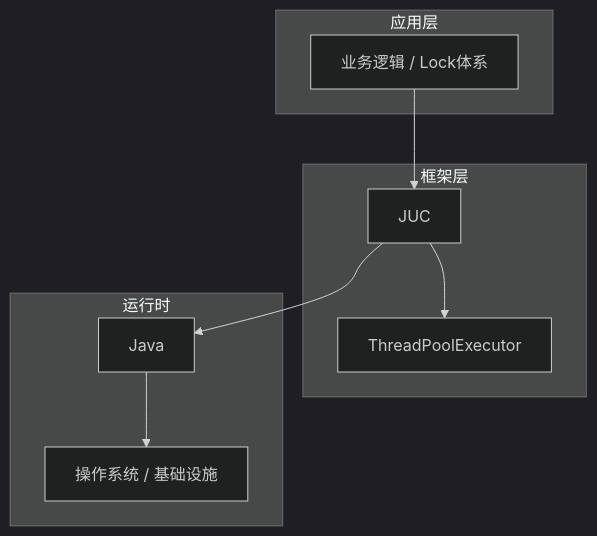
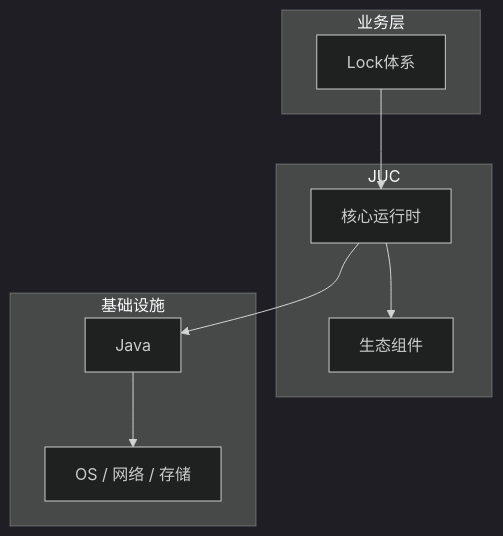
One commit to yanggan2015/knowledge-json-v2 changed the diagram in articles/Java并发/chapters/025-Lock体系核心概念与原理.md. Above: the diagram before and after it, drawn with Mermaid (dark theme). The commit also changed other lines of this file and 10127 other files, not shown here.

````diff
--- a/articles/Java并发/chapters/025-Lock体系核心概念与原理.md
+++ b/articles/Java并发/chapters/025-Lock体系核心概念与原理.md
@@ -45,18 +34,18 @@
 ```mermaid
 graph TB
-    subgraph 应用层
-        A[业务逻辑 / Lock体系]
+    subgraph 业务层
+        A[Lock体系]
     end
-    subgraph 框架层
-        B[JUC]
-        C[ThreadPoolExecutor]
+    subgraph JUC
+        B[核心运行时]
+        C[生态组件]
     end
-    subgraph 运行时
+    subgraph 基础设施
         D[Java]
-        E[操作系统 / 基础设施]
+        E[OS / 网络 / 存储]
     end
     A --> B
     B --> C
     B --> D
     D --> E
 ```
````
